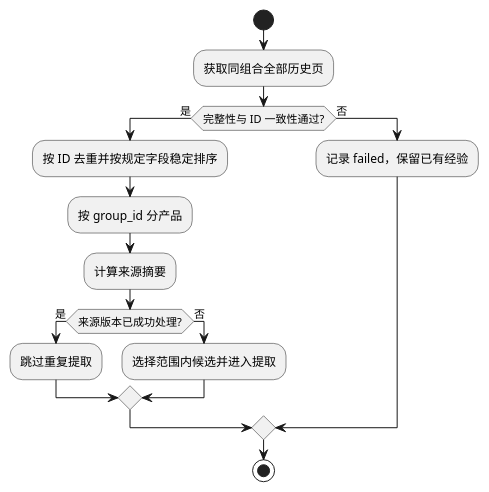
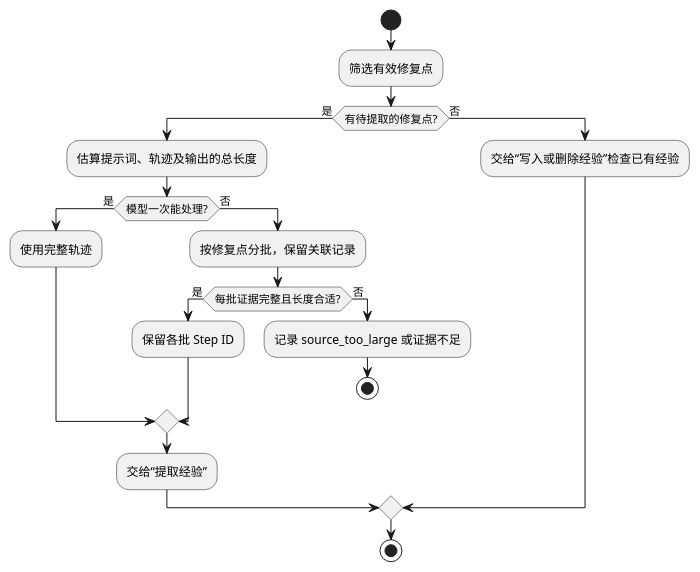
Before and after one commit to yf990848-droid/experience: the tenth of 15 diagrams in docs/调测轨迹经验提取设计文档.md, drawn with PlantUML. The commit also changed other lines of this file, not shown here.

Commit message:
docs: 简化设计文档用词并统一业务模块流程图

````diff
--- a/docs/调测轨迹经验提取设计文档.md
+++ b/docs/调测轨迹经验提取设计文档.md
@@ -399,19 +359,24 @@
 ```plantuml
 @startuml
 start
-:获取同组合全部历史页;
-if (完整性与 ID 一致性通过?) then (是)
-  :按 ID 去重并按规定字段稳定排序;
-  :按 group_id 分产品;
-  :计算来源摘要;
-  if (来源版本已成功处理?) then (是)
-    :跳过重复提取;
+:筛选有效修复点;
+if (有待提取的修复点?) then (是)
+  :估算提示词、轨迹及输出的总长度;
+  if (模型一次能处理?) then (是)
+    :使用完整轨迹;
   else (否)
-    :选择范围内候选并进入提取;
+    :按修复点分批，保留关联记录;
+    if (每批证据完整且长度合适?) then (是)
+      :保留各批 Step ID;
+    else (否)
+      :记录 source_too_large 或证据不足;
+      stop
+    endif
   endif
+  :交给“提取经验”;
 else (否)
-  :记录 failed，保留已有经验;
+  :交给“写入或删除经验”检查已有经验;
 endif
 stop
 @enduml
 ```
````
